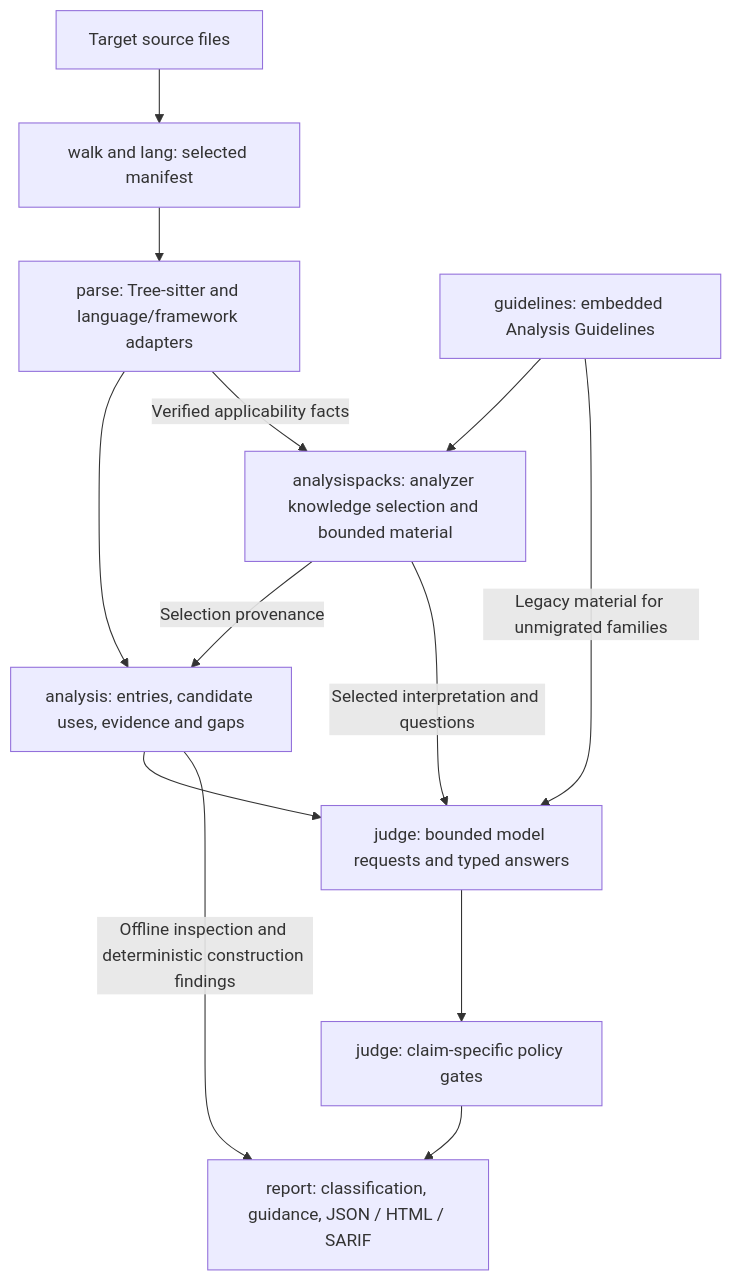
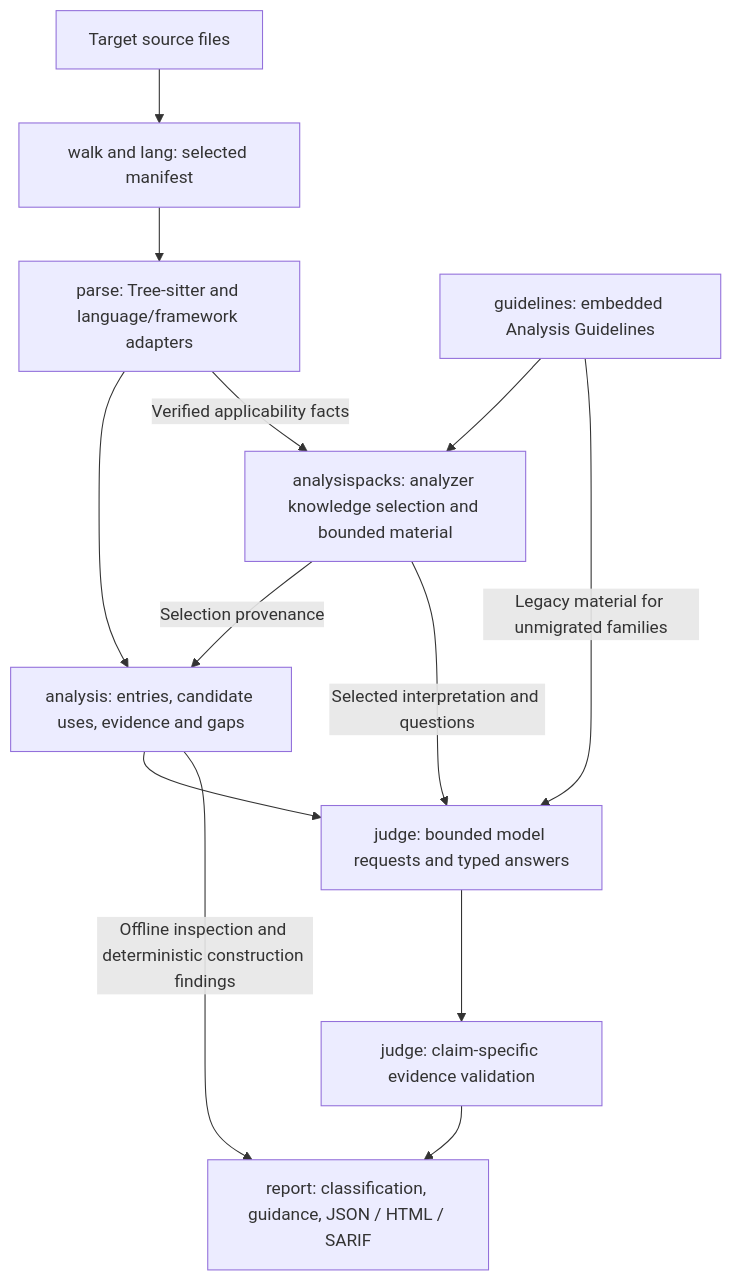
The first of 2 diagrams in .zazz/architecture.md (zazzcode/zazzles), drawn with Mermaid before and after one commit. The commit also changed other lines of this file and 15 other files, not shown here.

Commit message:
[DOC] Clarify evidence validation and remove repeated explanations

````diff
--- a/.zazz/architecture.md
+++ b/.zazz/architecture.md
@@ -128,15 +142,15 @@
 ```mermaid
 flowchart TD
     Repo["Target source files"] --> Walk["walk and lang: selected manifest"]
     Walk --> Parse["parse: Tree-sitter and language/framework adapters"]
     Parse --> Evidence["analysis: entries, candidate uses, evidence and gaps"]
     Guidelines["guidelines: embedded Analysis Guidelines"] --> Catalog["analysispacks: analyzer knowledge selection and bounded material"]
     Parse -->|"Verified applicability facts"| Catalog
     Catalog -->|"Selection provenance"| Evidence
     Catalog -->|"Selected interpretation and questions"| Judge
     Guidelines -->|"Legacy material for unmigrated families"| Judge
     Evidence --> Judge["judge: bounded model requests and typed answers"]
-    Judge --> Policy["judge: claim-specific policy gates"]
-    Policy --> Report["report: classification, guidance, JSON / HTML / SARIF"]
+    Judge --> Validation["judge: claim-specific evidence validation"]
+    Validation --> Report["report: classification, guidance, JSON / HTML / SARIF"]
     Evidence -->|"Offline inspection and deterministic construction findings"| Report
 ```
````
